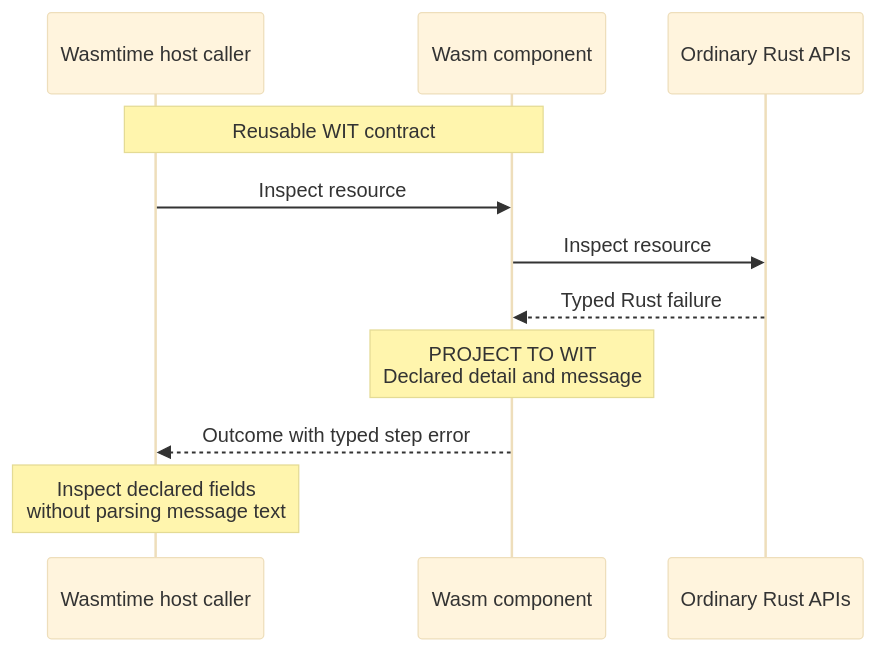
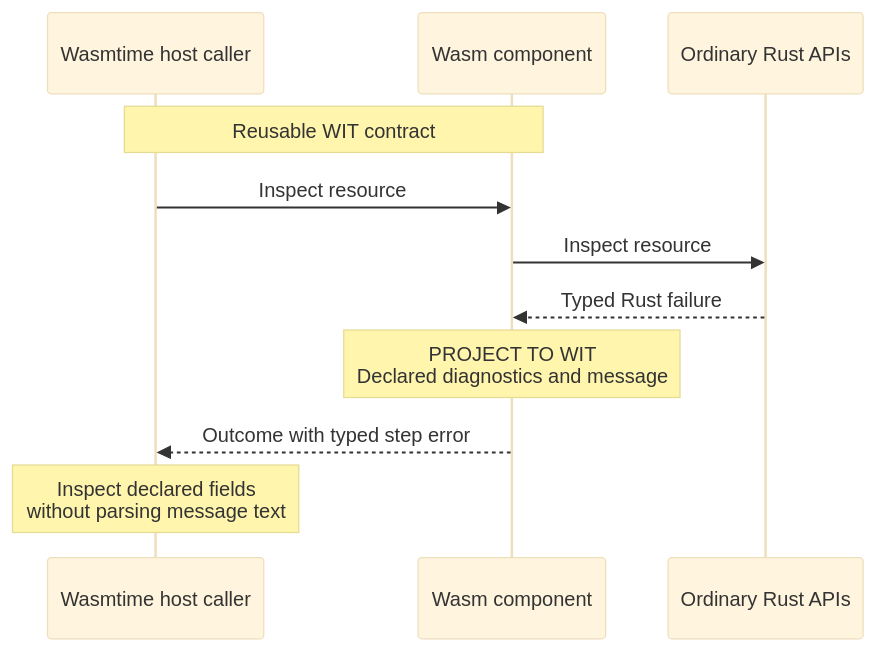
The first of 7 diagrams in docs/architecture/error-boundaries.md (project-millipede/app-anatomy), drawn with Mermaid (base theme) before and after one commit. The commit also changed other lines of this file and 6 other files, not shown here.

````diff
--- a/docs/architecture/error-boundaries.md
+++ b/docs/architecture/error-boundaries.md
@@ -96,14 +98,14 @@
 ```mermaid
 sequenceDiagram
     participant Caller as Wasmtime host caller
     participant Component as Wasm component
     participant Core as Ordinary Rust APIs
 
     Note over Caller,Component: Reusable WIT contract
     Caller->>Component: Inspect resource
     Component->>Core: Inspect resource
     Core-->>Component: Typed Rust failure
-    Note over Component: PROJECT TO WIT<br/>Declared detail and message
+    Note over Component: PROJECT TO WIT<br/>Declared diagnostics and message
     Component-->>Caller: Outcome with typed step error
     Note over Caller: Inspect declared fields<br/>without parsing message text
 ```
````
